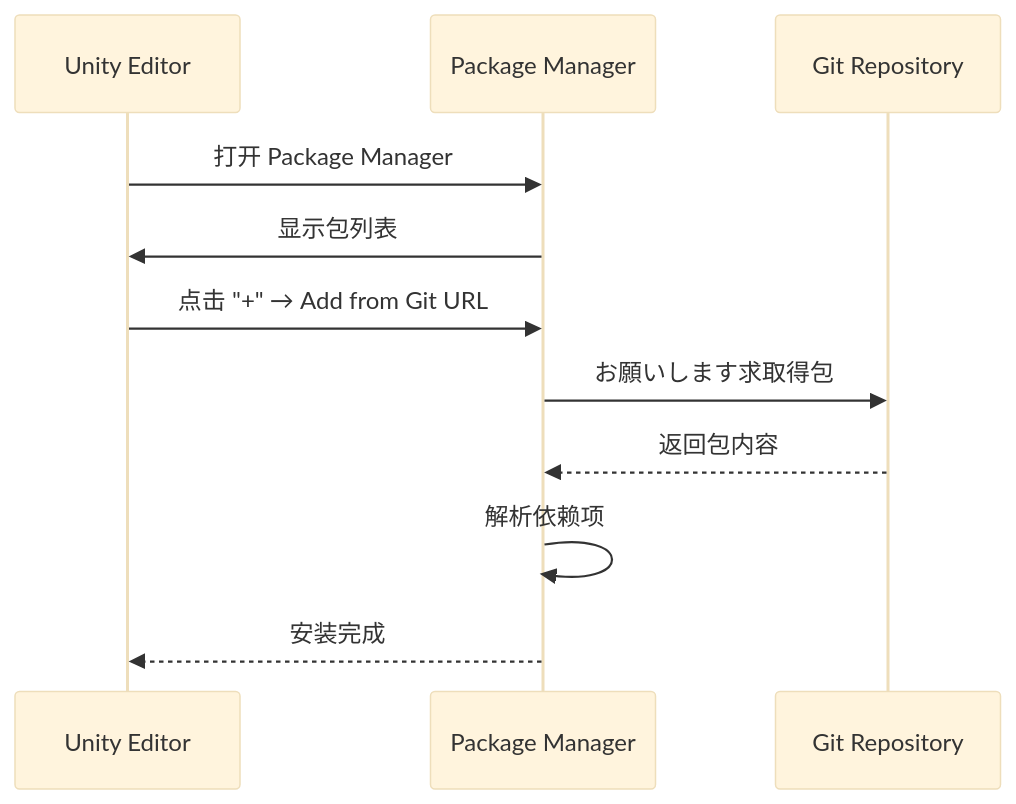
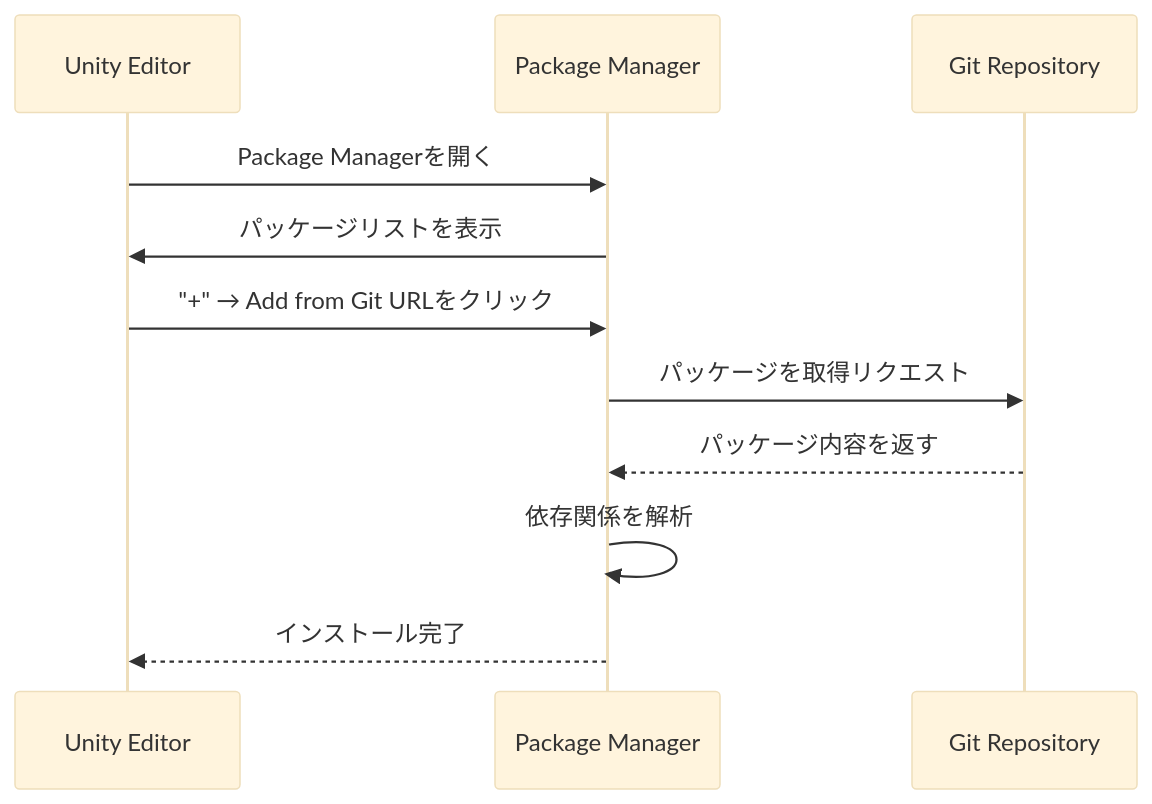
Before and after one commit to AlianBlank/GameFrameX.Docs: the second of 2 diagrams in docs/ja/client/unity/component/ui-ugui/02.installation.md, drawn with Mermaid (base theme). The commit also changed other lines of this file and 320 other files, not shown here.

````diff
--- a/docs/ja/client/unity/component/ui-ugui/02.installation.md
+++ b/docs/ja/client/unity/component/ui-ugui/02.installation.md
@@ -72,14 +72,14 @@
 ```mermaid
 sequenceDiagram
     participant Unity as Unity Editor
     participant PM as Package Manager
     participant Git as Git Repository
-    
-    Unity->>PM: 打开 Package Manager
-    PM->>Unity: 显示包列表
-    Unity->>PM: 点击 "+" → Add from Git URL
-    PM->>Git: お願いします求取得包
-    Git-->>PM: 返回包内容
-    PM->>PM: 解析依赖项
-    PM-->>Unity: 安装完成
+
+    Unity->>PM: Package Managerを開く
+    PM->>Unity: パッケージリストを表示
+    Unity->>PM: "+" → Add from Git URLをクリック
+    PM->>Git: パッケージを取得リクエスト
+    Git-->>PM: パッケージ内容を返す
+    PM->>PM: 依存関係を解析
+    PM-->>Unity: インストール完了
 ```
````
